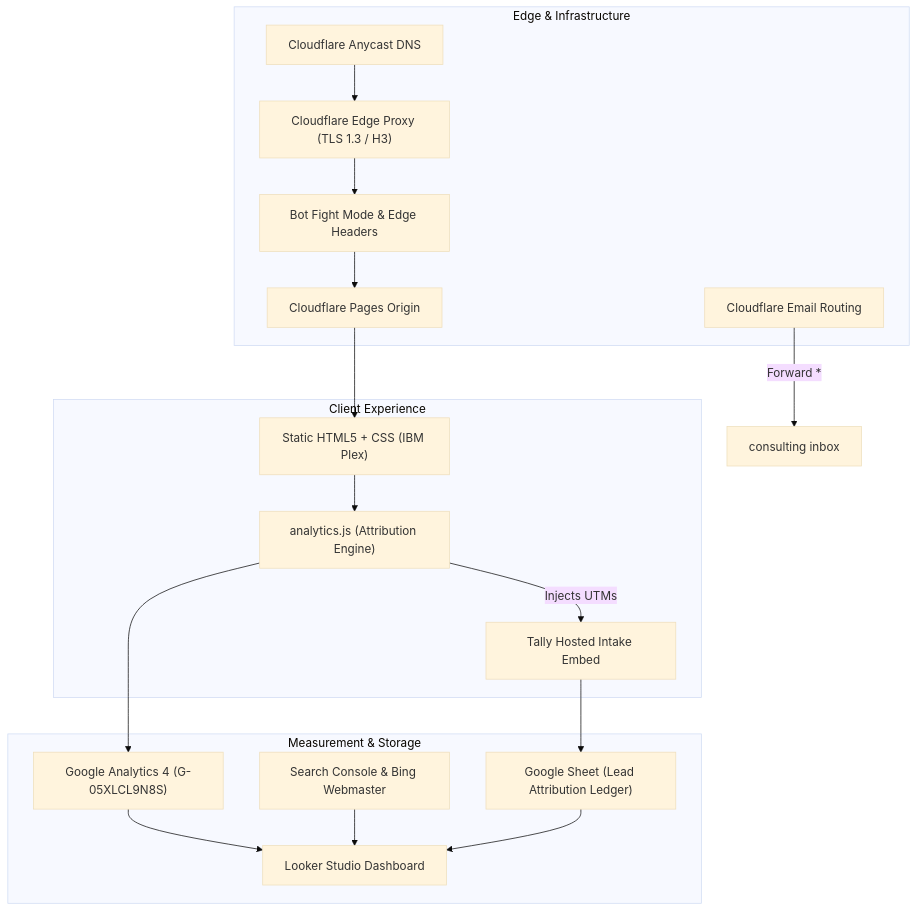
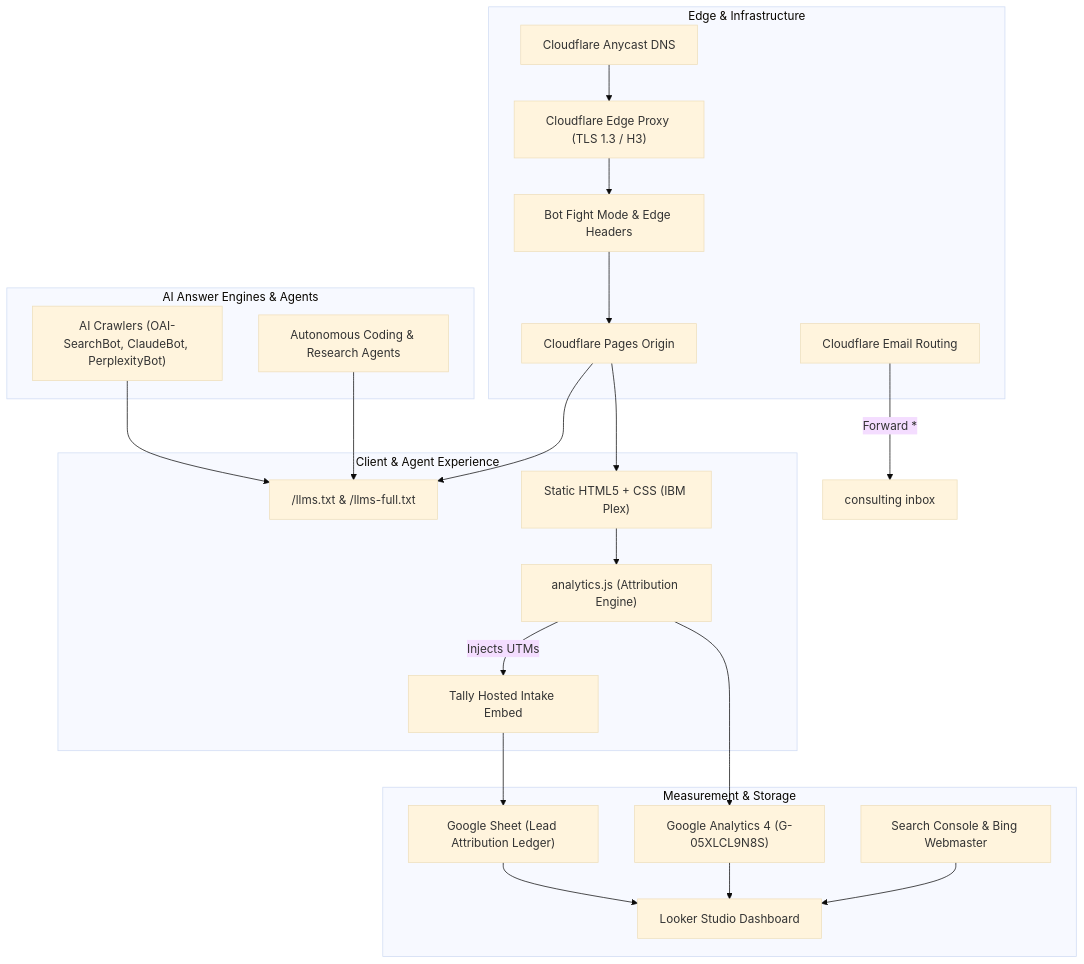
One commit to apratsunrthd/refhealth.consulting changed the first of 2 diagrams in ARCHITECTURE.md. Above: the diagram before and after it, drawn with Mermaid (base theme). The commit also changed other lines of this file and 12 other files, not shown here.

Commit message:
feat: add llms.txt, AI crawler indexing, and Knowledge Graph entity schemas (#48)

````diff
--- a/ARCHITECTURE.md
+++ b/ARCHITECTURE.md
@@ -9,31 +9,40 @@
 ```mermaid
 flowchart TD
     subgraph Edge & Infrastructure
         DNS["Cloudflare Anycast DNS"]
         PROXY["Cloudflare Edge Proxy (TLS 1.3 / H3)"]
         WAF["Bot Fight Mode & Edge Headers"]
         PAGES["Cloudflare Pages Origin"]
         EMAIL["Cloudflare Email Routing"]
     end
 
-    subgraph Client Experience
+    subgraph Client & Agent Experience
         HTML["Static HTML5 + CSS (IBM Plex)"]
         ATTR["analytics.js (Attribution Engine)"]
         TALLY["Tally Hosted Intake Embed"]
+        LLMS["/llms.txt & /llms-full.txt"]
+    end
+
+    subgraph AI Answer Engines & Agents
+        CRAWL["AI Crawlers (OAI-SearchBot, ClaudeBot, PerplexityBot)"]
+        AGENTS["Autonomous Coding & Research Agents"]
     end
 
     subgraph Measurement & Storage
         GA4["Google Analytics 4 (G-05XLCL9N8S)"]
         SHEETS["Google Sheet (Lead Attribution Ledger)"]
         GSC["Search Console & Bing Webmaster"]
         DASH["Looker Studio Dashboard"]
     end
 
     DNS --> PROXY --> WAF --> PAGES --> HTML
+    PAGES --> LLMS
+    CRAWL --> LLMS
+    AGENTS --> LLMS
     HTML --> ATTR --> GA4
     ATTR -->|Injects UTMs| TALLY --> SHEETS
     GA4 --> DASH
     GSC --> DASH
     SHEETS --> DASH
     EMAIL -->|Forward *| INBOX["consulting inbox"]
 ```
````
